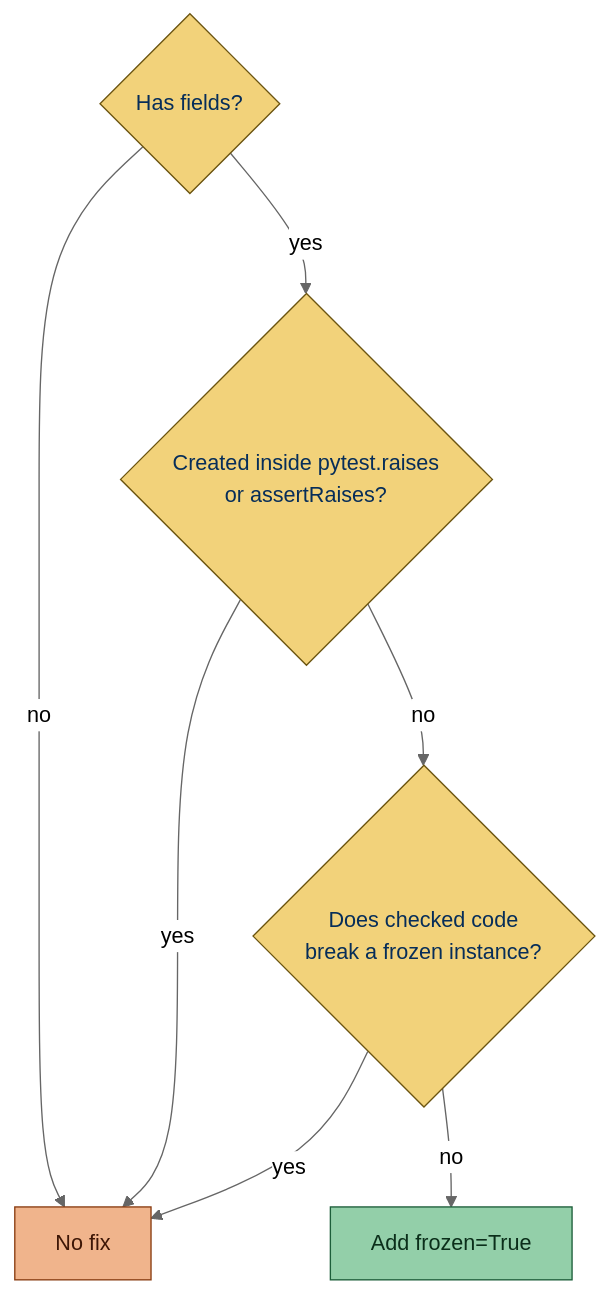
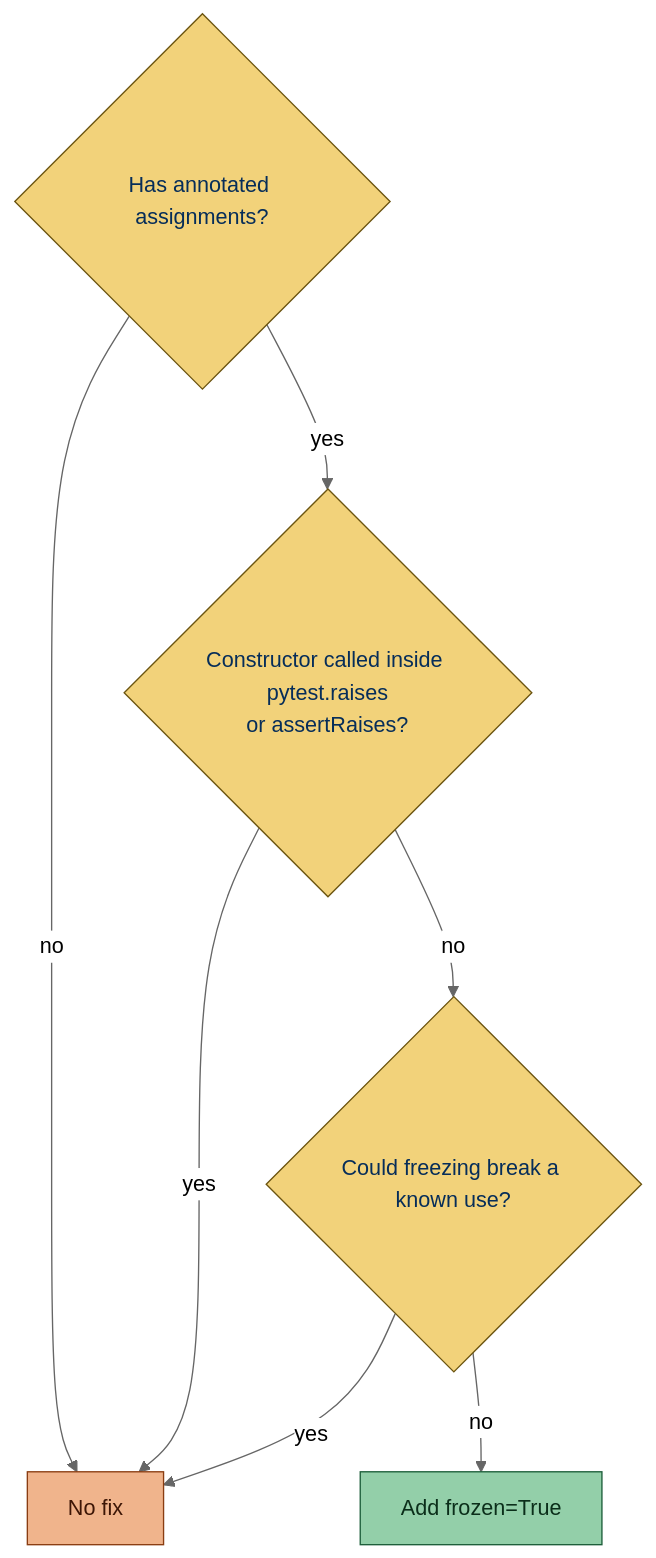
One commit to gaborbernat/simplint changed the diagram in src/rules/classes/dataclass_frozen.md. Above: the diagram before and after it, drawn with Mermaid (neutral theme). The commit also changed other lines of this file and 535 other files, not shown here.

````diff
--- a/src/rules/classes/dataclass_frozen.md
+++ b/src/rules/classes/dataclass_frozen.md
@@ -258,16 +252,16 @@
 ```mermaid
 flowchart TD
-    fields{"Has fields?"}
+    fields{"Has annotated assignments?"}
     fields -->|no| none["No fix"]
-    fields -->|yes| raises{"Created inside pytest.raises<br/>or assertRaises?"}
+    fields -->|yes| raises{"Constructor called inside pytest.raises<br/>or assertRaises?"}
     raises -->|yes| none
-    raises -->|no| breaks{"Does checked code<br/>break a frozen instance?"}
+    raises -->|no| breaks{"Could freezing break a known use?"}
     breaks -->|yes| none
     breaks -->|no| add["Add frozen=True"]
     classDef yellow fill:#f2d27a,stroke:#6b5410,color:#062d59
     classDef orange fill:#f0b48c,stroke:#8a3d12,color:#3d1606
     classDef green fill:#93cfa9,stroke:#1d5e3a,color:#0b2e1a
     class fields,raises,breaks yellow
     class none orange
     class add green
 ```
````
